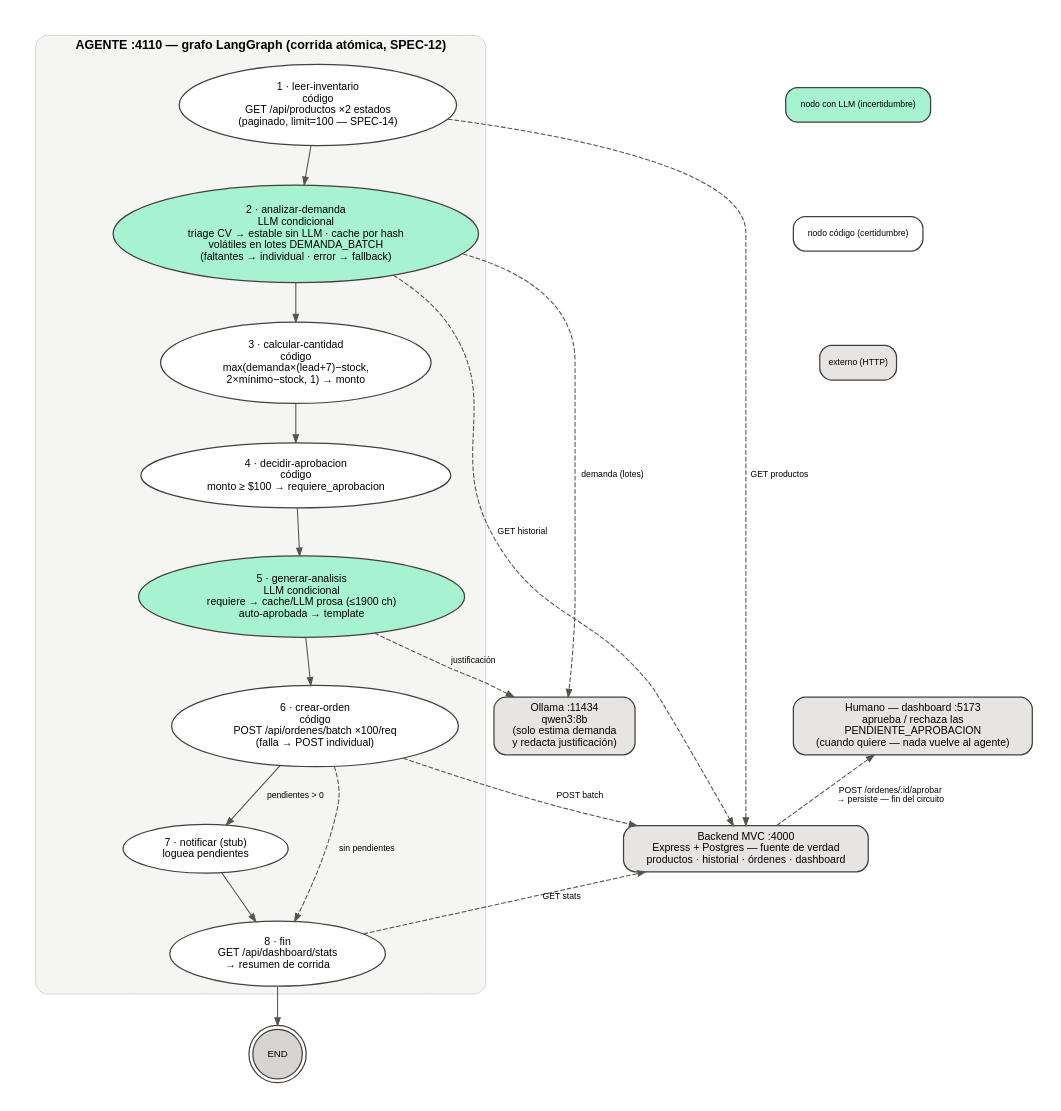
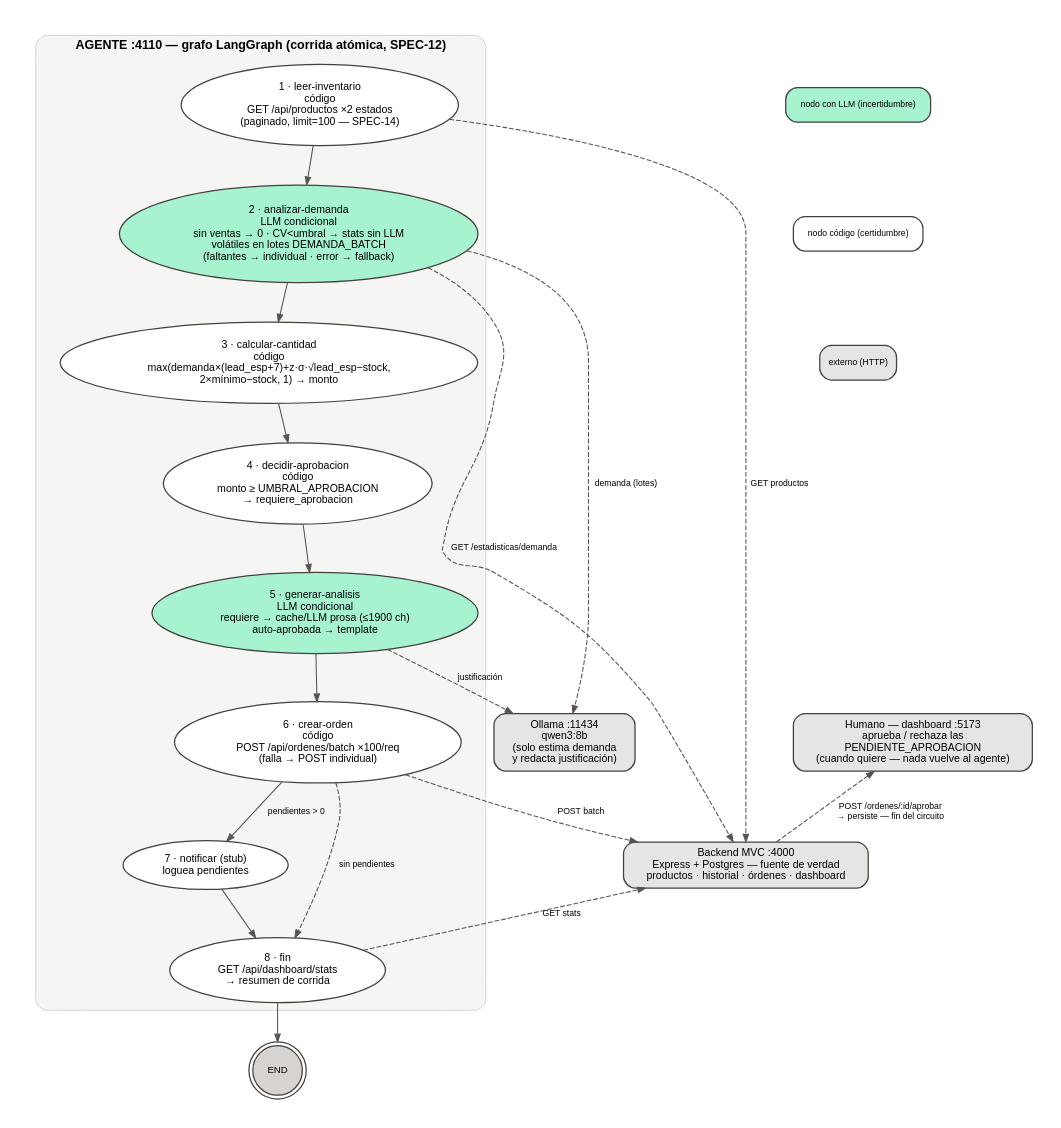
The diagram in harness-langgraph/docs/diagramas/flujo-agente.dot (damianra/mercado-raiz), drawn with Graphviz before and after one commit. The commit also changed 12 other files, not shown here.

```diff
--- a/harness-langgraph/docs/diagramas/flujo-agente.dot
+++ b/harness-langgraph/docs/diagramas/flujo-agente.dot
@@ -1,69 +1,69 @@
 digraph flujo {
   rankdir=TB;
   bgcolor="white";
   pad=0.3;
   nodesep=0.45;
   ranksep=0.55;
 
   node [fontname="Helvetica", fontsize=11, style="rounded,filled",
         color="#44403c", fillcolor="#ffffff", penwidth=1.3, margin="0.14,0.09"];
   edge [fontname="Helvetica", fontsize=9, color="#57534e",
         arrowsize=0.8, penwidth=1.1];
 
   subgraph cluster_agente {
     label="AGENTE :4110 — grafo LangGraph (corrida atómica, SPEC-12)";
     labelloc="t";
     fontsize=13;
     fontname="Helvetica-Bold";
     style="rounded,filled";
     fillcolor="#f5f5f4";
     color="#d6d3d1";
 
     leer    [label="1 · leer-inventario\ncódigo\nGET /api/productos ×2 estados\n(paginado, limit=100 — SPEC-14)"];
-    analizar[label="2 · analizar-demanda\nLLM condicional\ntriage CV → estable sin LLM · cache por hash\nvolátiles en lotes DEMANDA_BATCH\n(faltantes → individual · error → fallback)",
+    analizar[label="2 · analizar-demanda\nLLM condicional\nsin ventas → 0 · CV<umbral → stats sin LLM\nvolátiles en lotes DEMANDA_BATCH\n(faltantes → individual · error → fallback)",
              fillcolor="#a7f3d0"];
-    calcular[label="3 · calcular-cantidad\ncódigo\nmax(demanda×(lead+7)−stock,\n2×mínimo−stock, 1) → monto"];
-    decidir [label="4 · decidir-aprobacion\ncódigo\nmonto ≥ $100 → requiere_aprobacion"];
+    calcular[label="3 · calcular-cantidad\ncódigo\nmax(demanda×(lead_esp+7)+z·σ·√lead_esp−stock,\n2×mínimo−stock, 1) → monto"];
+    decidir [label="4 · decidir-aprobacion\ncódigo\nmonto ≥ UMBRAL_APROBACION\n→ requiere_aprobacion"];
     generar [label="5 · generar-analisis\nLLM condicional\nrequiere → cache/LLM prosa (≤1900 ch)\nauto-aprobada → template",
              fillcolor="#a7f3d0"];
     crear   [label="6 · crear-orden\ncódigo\nPOST /api/ordenes/batch ×100/req\n(falla → POST individual)"];
     notificar[label="7 · notificar (stub)\nloguea pendientes"];
     fin     [label="8 · fin\nGET /api/dashboard/stats\n→ resumen de corrida"];
 
     leer -> analizar -> calcular -> decidir -> generar -> crear;
     crear -> notificar [label=" pendientes > 0"];
     crear -> fin       [label=" sin pendientes", style=dashed];
     notificar -> fin;
   }
 
   end [shape=doublecircle, label="END", width=0.55, fontsize=10,
        fillcolor="#d6d3d1"];
   fin -> end;
 
   backend [shape=box, style="rounded,filled", fillcolor="#e7e5e4",
            label="Backend MVC :4000\nExpress + Postgres — fuente de verdad\nproductos · historial · órdenes · dashboard"];
   ollama  [shape=box, style="rounded,filled", fillcolor="#e7e5e4",
            label="Ollama :11434\nqwen3:8b\n(solo estima demanda\ny redacta justificación)"];
   humano  [shape=box, style="rounded,filled", fillcolor="#e7e5e4",
            label="Humano — dashboard :5173\naprueba / rechaza las\nPENDIENTE_APROBACION\n(cuando quiere — nada vuelve al agente)"];
 
   leer    -> backend [style=dashed, label=" GET productos"];
-  analizar-> backend [style=dashed, label=" GET historial", constraint=false];
+  analizar-> backend [style=dashed, label=" GET /estadisticas/demanda", constraint=false];
   analizar-> ollama  [style=dashed, label=" demanda (lotes)"];
   generar -> ollama  [style=dashed, label=" justificación"];
   crear   -> backend [style=dashed, label=" POST batch"];
   fin     -> backend [style=dashed, label=" GET stats", constraint=false];
   humano  -> backend [style=dashed, dir=both, arrowhead=none, arrowtail=normal,
                       label=" POST /ordenes/:id/aprobar\n→ persiste — fin del circuito"];
 
   subgraph cluster_leyenda {
     label=""; style="invis";
     nodo_llm  [shape=box, fillcolor="#a7f3d0", fontsize=9,
                label="nodo con LLM (incertidumbre)", margin="0.08,0.04"];
     nodo_cod  [shape=box, fillcolor="#ffffff", fontsize=9,
                label="nodo código (certidumbre)", margin="0.08,0.04"];
     nodo_ext  [shape=box, fillcolor="#e7e5e4", fontsize=9,
                label="externo (HTTP)", margin="0.08,0.04"];
     nodo_llm -> nodo_cod -> nodo_ext [style=invis];
   }
 }
```
